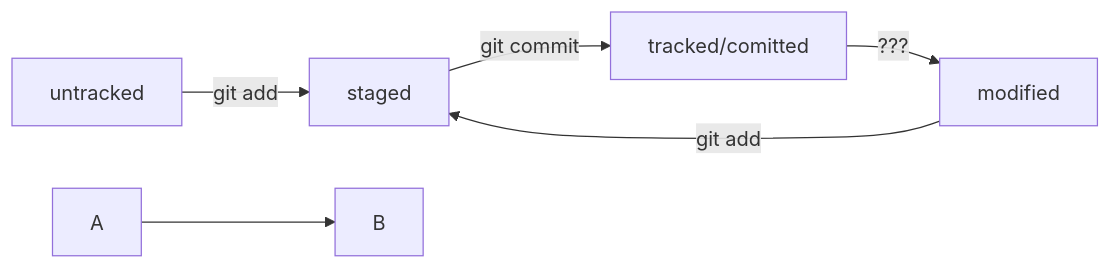
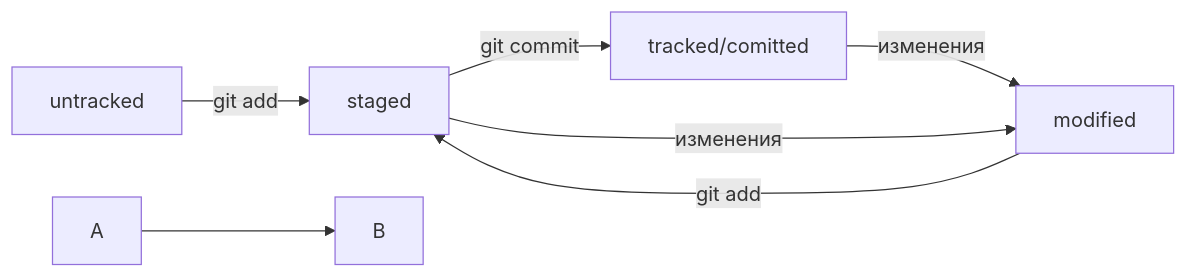
The diagram in README.md (Evgenyb84/second-project), drawn with Mermaid before and after one commit.

Commit message:
Добавить раздел про mermaid

````diff
--- a/README.md
+++ b/README.md
@@ -70,10 +70,11 @@
 ```mermaid
 graph LR;
   untracked -- "git add" --> staged;
   modified  -- "git add" --> staged;
   staged    -- "git commit"     --> tracked/comitted;
-  tracked/comitted -- "???"     --> modified;
+  tracked/comitted -- "изменения"     --> modified;
+  staged  -- "изменения"   --> modified;
 
 %% стрелка без текста для примера: 
   A --> B;
 ``` 
````
